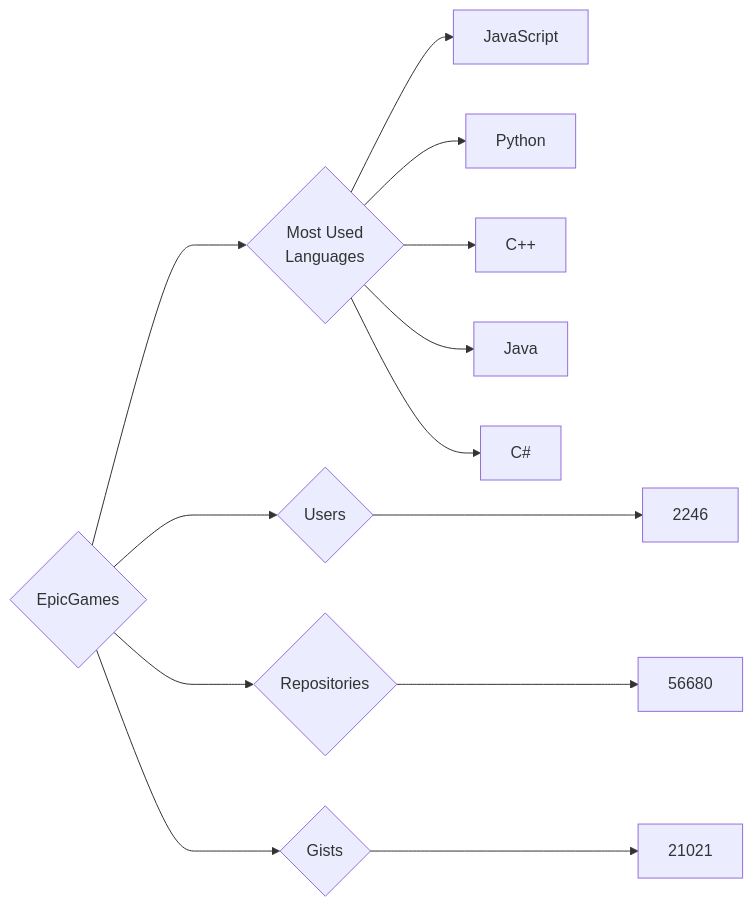
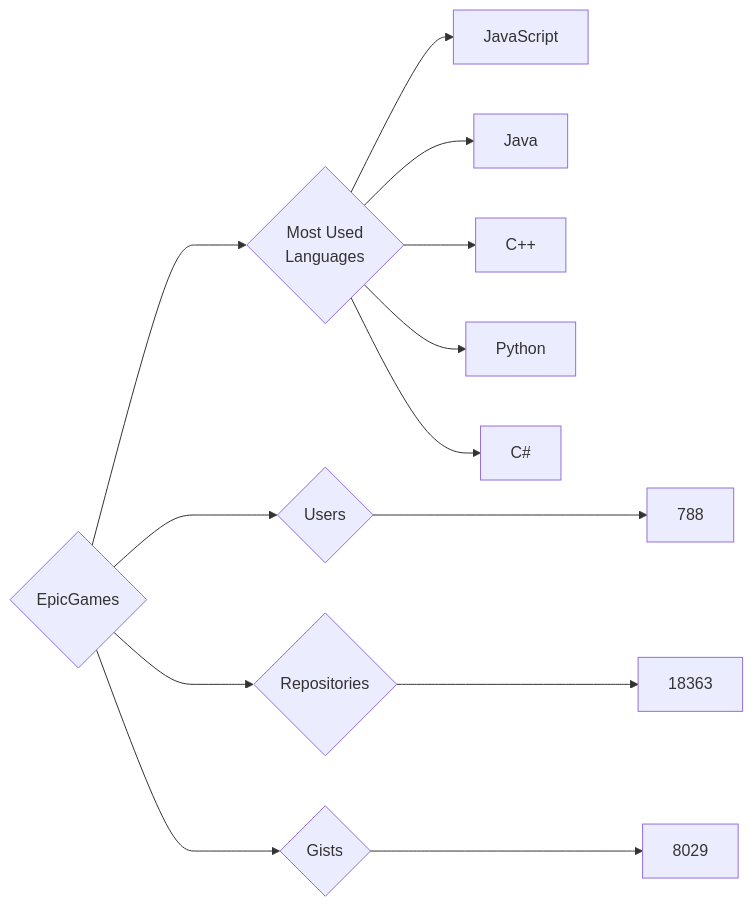
Before and after one commit to trickest/insiders: the diagram in targets/EpicGames/README.md, drawn with Mermaid. The commit also changed 594 other files, not shown here.

````diff
--- a/targets/EpicGames/README.md
+++ b/targets/EpicGames/README.md
@@ -3,13 +3,13 @@
 ```mermaid
 graph LR
 COMPANY_NAME{EpicGames}
-COMPANY_NAME ---> U{Users} ---> UN[2246]
-COMPANY_NAME ---> R{Repositories} ---> RN[56680]
-COMPANY_NAME ---> G{Gists} ---> GN[21021]
+COMPANY_NAME ---> U{Users} ---> UN[788]
+COMPANY_NAME ---> R{Repositories} ---> RN[18363]
+COMPANY_NAME ---> G{Gists} ---> GN[8029]
 COMPANY_NAME ---> ML{Most Used<br>Languages}
 ML --> JavaScript[JavaScript]
+ML --> Java[Java]
+ML --> C++[C++]
 ML --> Python[Python]
-ML --> C++[C++]
-ML --> Java[Java]
 ML --> C#[C#]
 ```
````
